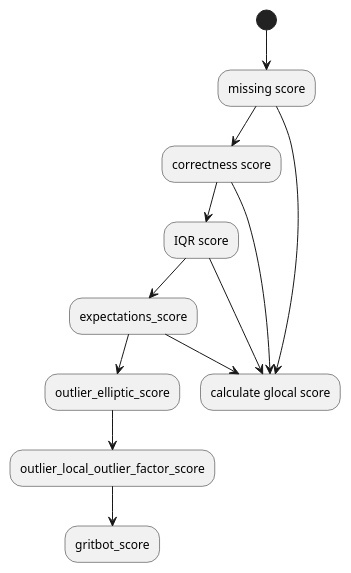
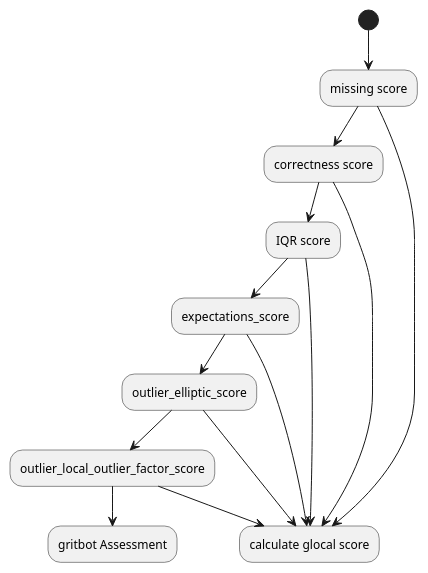
The diagram in workflow.plantuml (joofio/docker-ml-data-quality), drawn with PlantUML before and after one commit. The commit also changed 2 other files, not shown here.

```diff
--- a/workflow.plantuml
+++ b/workflow.plantuml
@@ -1,28 +1,30 @@
 @startuml
 (*) --> "missing score"
 
 "missing score" --> "correctness score"
 
 "missing score" --> "calculate glocal score"
 
 
 "correctness score" --> "IQR score"
 
 "correctness score" --> "calculate glocal score"
 
 "IQR score" --> "expectations_score"
 
 "IQR score" --> "calculate glocal score"
 
 "expectations_score" --> "outlier_elliptic_score"
 
 "expectations_score" --> "calculate glocal score"
 
 "outlier_elliptic_score" --> "outlier_local_outlier_factor_score"
 
-"outlier_local_outlier_factor_score" --> "gritbot_score"
+"outlier_local_outlier_factor_score" --> "gritbot Assessment"
 
+"outlier_elliptic_score" -->  "calculate glocal score"
 
+"outlier_local_outlier_factor_score" -->  "calculate glocal score"
 
 
 @enduml
```
